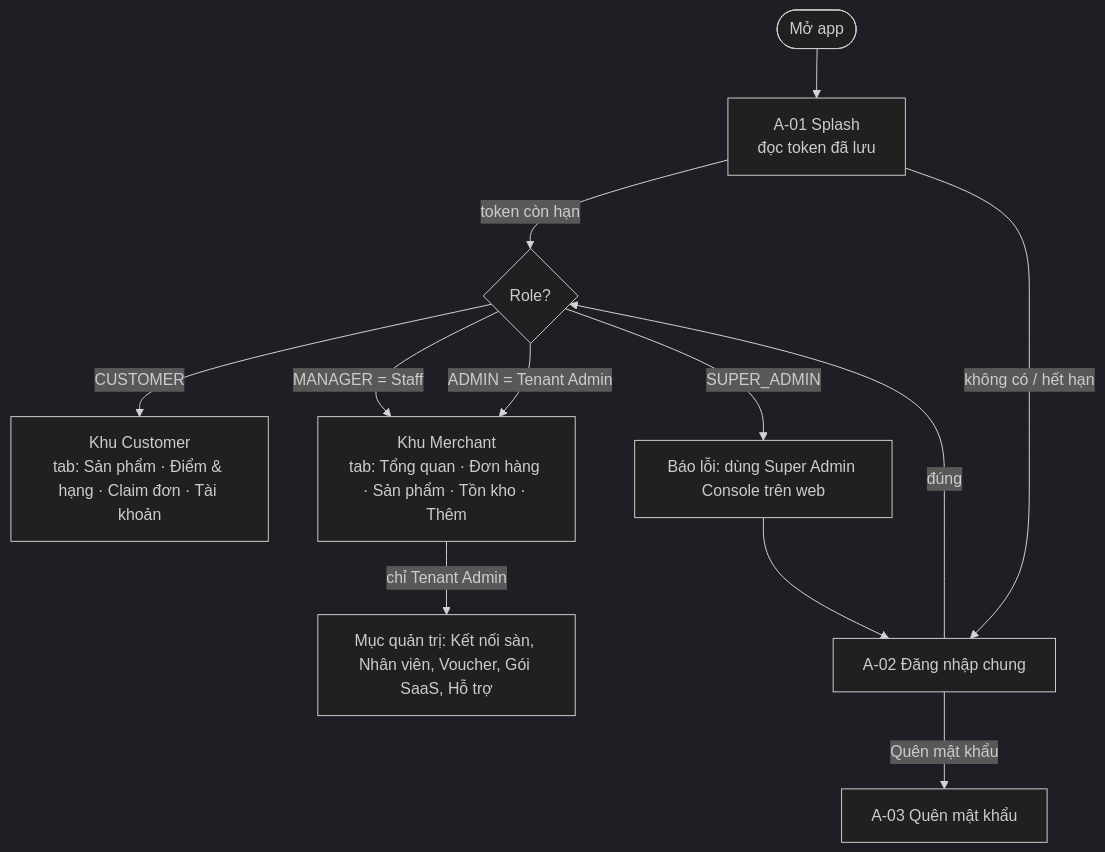
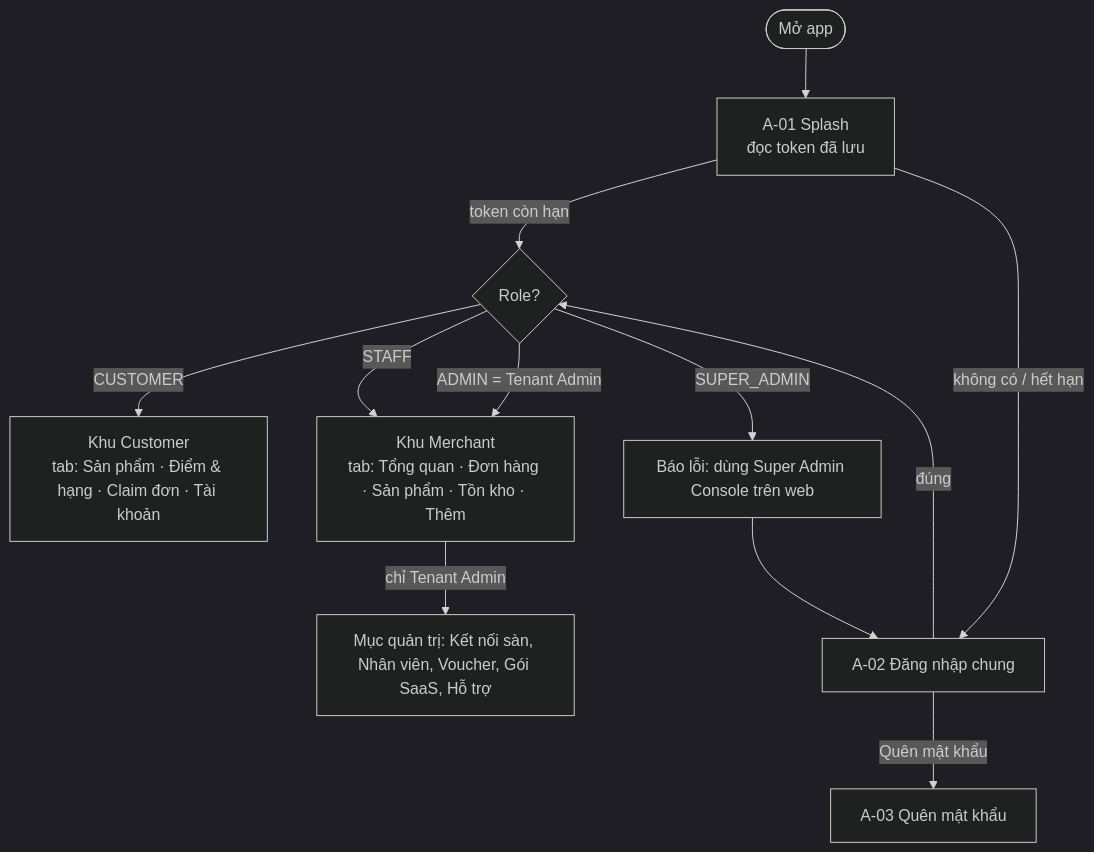
The first of 4 diagrams in docs/USER_FLOWS.md (Smart-Omni/SmartOmni_Mobile), drawn with Mermaid (dark theme) before and after one commit. The commit also changed 4 other files, not shown here.

````diff
--- a/docs/USER_FLOWS.md
+++ b/docs/USER_FLOWS.md
@@ -8,14 +8,14 @@
 ```mermaid
 flowchart TD
     Open([Mở app]) --> Splash["A-01 Splash<br/>đọc token đã lưu"]
     Splash -->|token còn hạn| Role{Role?}
     Splash -->|không có / hết hạn| Login["A-02 Đăng nhập chung"]
     Login -->|đúng| Role
     Login -->|Quên mật khẩu| Forgot["A-03 Quên mật khẩu"]
     Role -->|CUSTOMER| CHome["Khu Customer<br/>tab: Sản phẩm · Điểm & hạng · Claim đơn · Tài khoản"]
-    Role -->|MANAGER = Staff| MHome["Khu Merchant<br/>tab: Tổng quan · Đơn hàng · Sản phẩm · Tồn kho · Thêm"]
+    Role -->|STAFF| MHome["Khu Merchant<br/>tab: Tổng quan · Đơn hàng · Sản phẩm · Tồn kho · Thêm"]
     Role -->|ADMIN = Tenant Admin| MHome
     Role -->|SUPER_ADMIN| Deny["Báo lỗi: dùng Super Admin Console trên web"]
     Deny --> Login
     MHome -->|chỉ Tenant Admin| Admin["Mục quản trị: Kết nối sàn, Nhân viên, Voucher, Gói SaaS, Hỗ trợ"]
 ```
````
